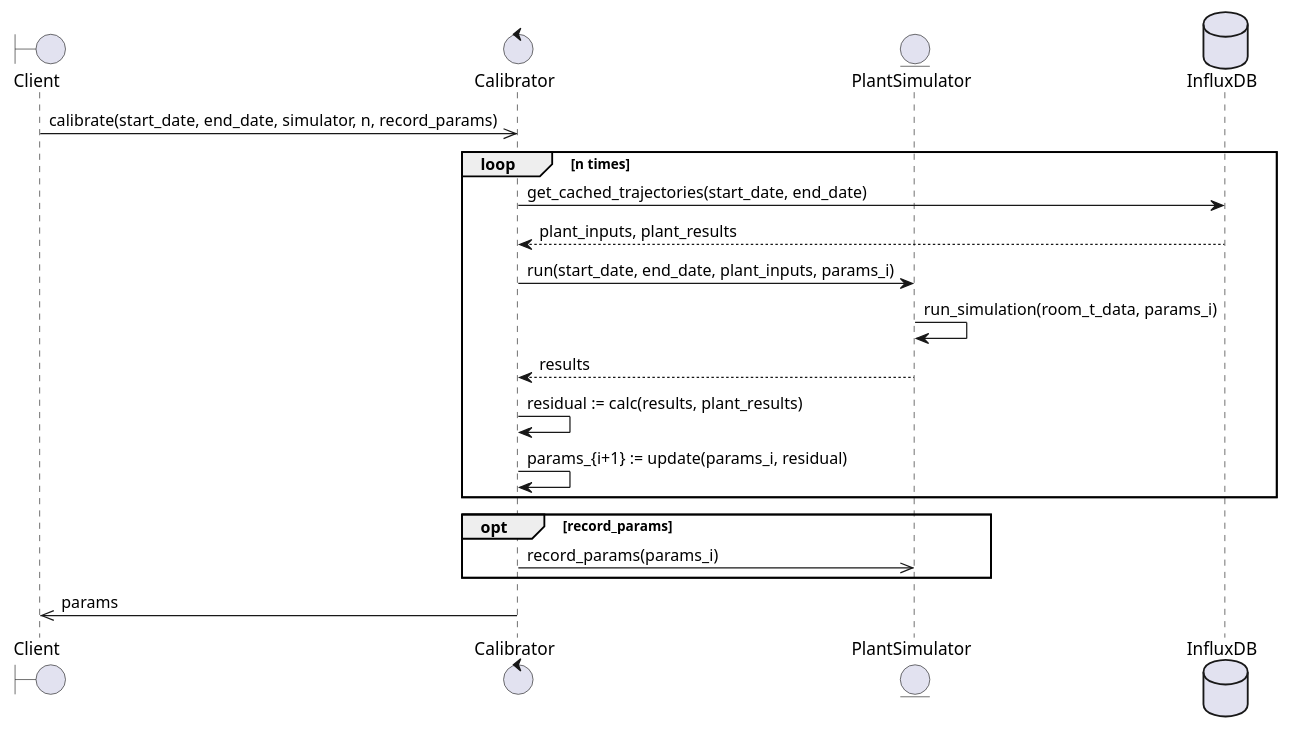
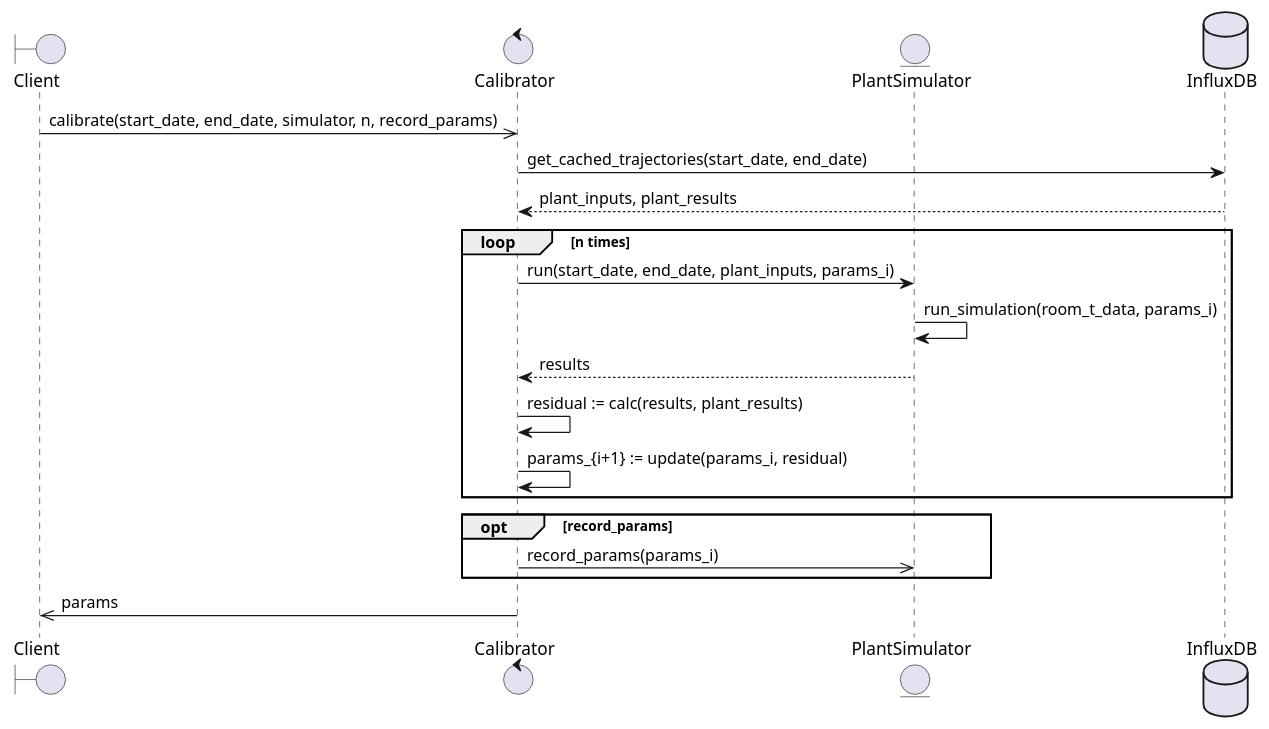
Before and after one commit to INTO-CPS-Association/example_digital-twin_incubator: the diagram in software/docs/diagrams/calibration_sequence.puml, drawn with PlantUML. The commit also changed 3 other files, not shown here.

```diff
--- a/software/docs/diagrams/calibration_sequence.puml
+++ b/software/docs/diagrams/calibration_sequence.puml
@@ -1,20 +1,20 @@
 @startuml Calibration
 boundary Client as client
 control Calibrator as cal
 entity PlantSimulator as sim
 database InfluxDB as db
 client ->> cal: calibrate(start_date, end_date, simulator, n, record_params)
+cal -> db: get_cached_trajectories(start_date, end_date)
+return plant_inputs, plant_results
 loop n times
-  cal -> db: get_cached_trajectories(start_date, end_date)
-  return plant_inputs, plant_results
   cal -> sim: run(start_date, end_date, plant_inputs, params_i)
   sim -> sim: run_simulation(room_t_data, params_i)
   sim --> cal: results
   cal -> cal: residual := calc(results, plant_results)
   cal -> cal: params_{i+1} := update(params_i, residual)
 end
 opt record_params
   cal ->> sim: record_params(params_i)
 end
 cal ->> client: params
 @enduml
```
